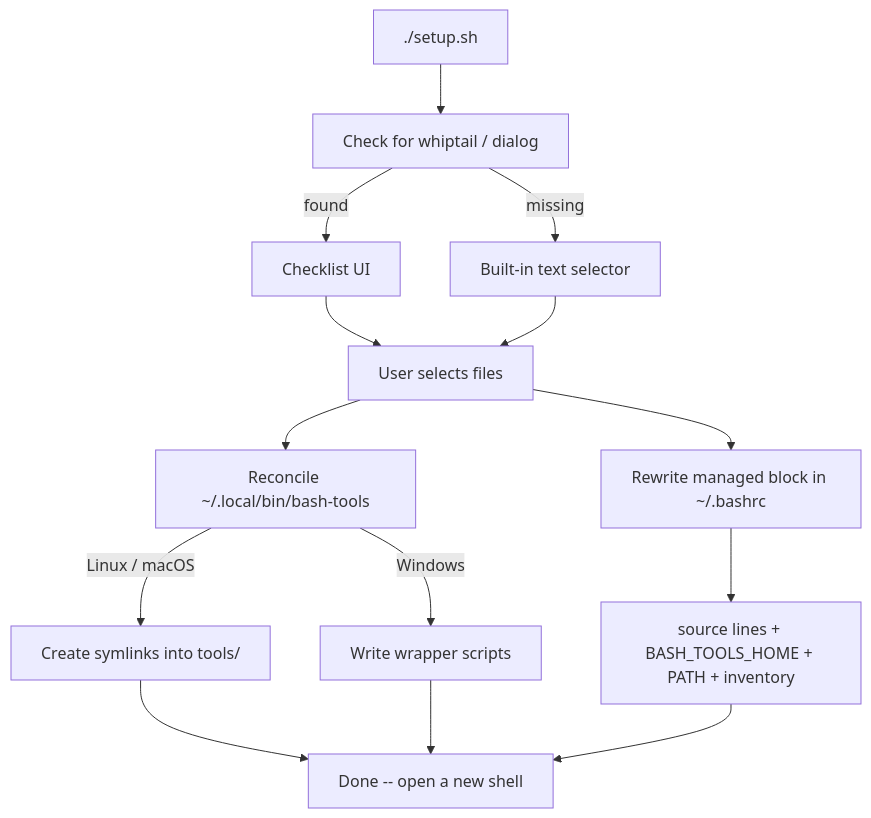
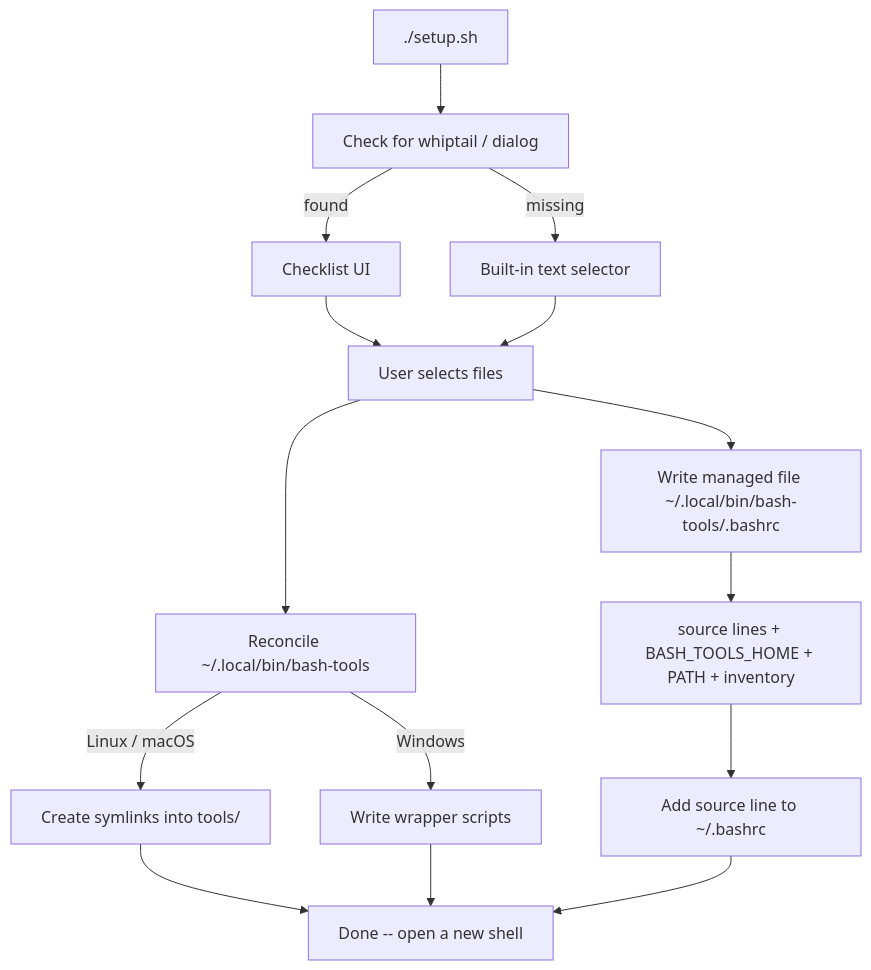
The diagram in README.md (andresandoval/bash-tools), drawn with Mermaid before and after one commit. The commit also changed other lines of this file and 2 other files, not shown here.

First line of the commit message:
refactor(setup): source managed config from a separate file

````diff
--- a/README.md
+++ b/README.md
@@ -60,16 +60,17 @@
 ```mermaid
 flowchart TD
     A["./setup.sh"] --> B[Check for whiptail / dialog]
     B -->|found| C[Checklist UI]
     B -->|missing| D[Built-in text selector]
     C --> E[User selects files]
     D --> E
     E --> F[Reconcile ~/.local/bin/bash-tools]
     F -->|Linux / macOS| G[Create symlinks into tools/]
     F -->|Windows| H[Write wrapper scripts]
-    E --> I[Rewrite managed block in ~/.bashrc]
+    E --> I["Write managed file ~/.local/bin/bash-tools/.bashrc"]
     I --> J[source lines + BASH_TOOLS_HOME + PATH + inventory]
+    J --> L["Add source line to ~/.bashrc"]
     G --> K[Done -- open a new shell]
     H --> K
-    J --> K
+    L --> K
 ```
````
